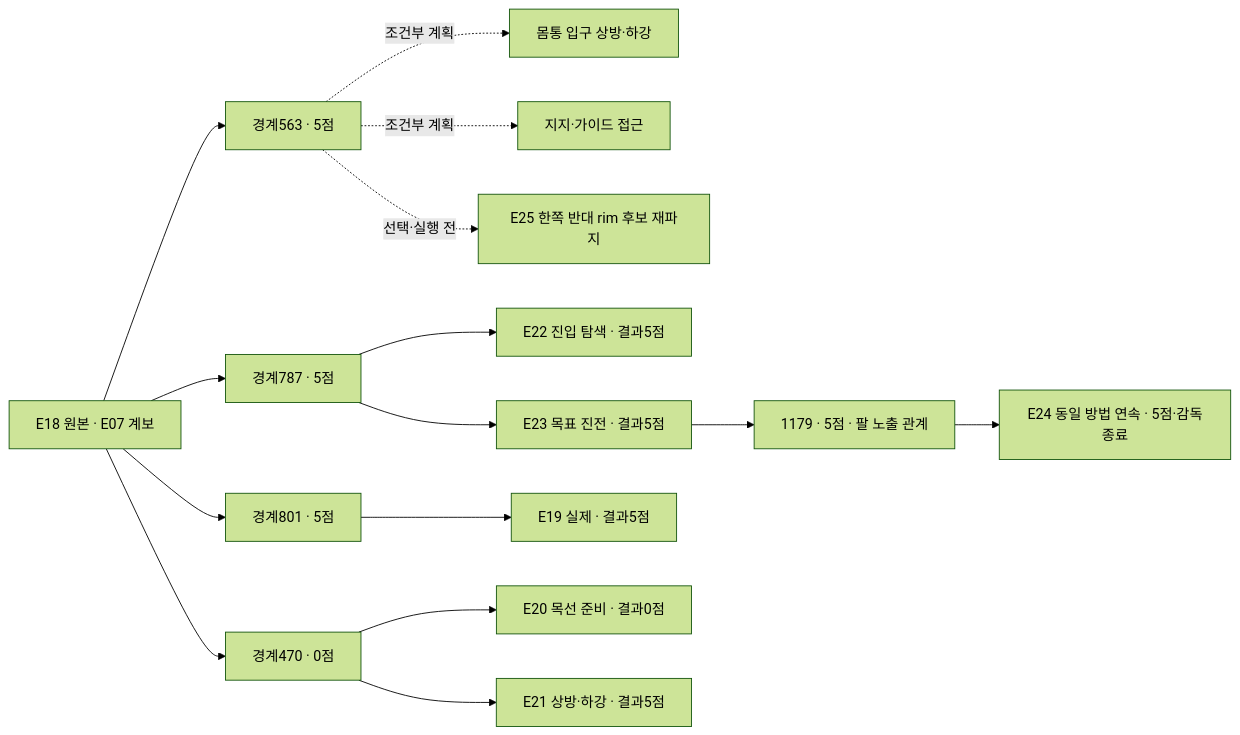
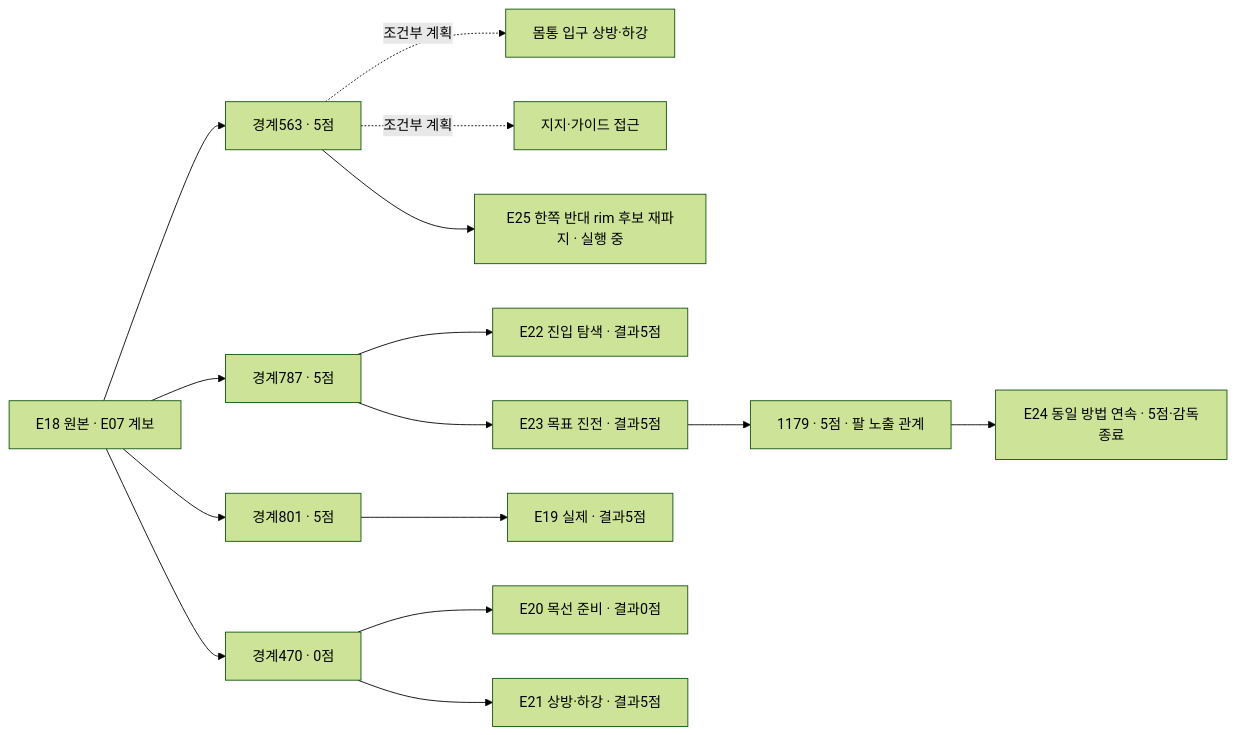
One commit to leonyoon-3dai/PhyRC_2027_phase1 changed the diagram in docs/collection/catalog/README.ko.md. Above: the diagram before and after it, drawn with Mermaid (forest theme). The commit also changed other lines of this file and 10 other files, not shown here.

````diff
--- a/docs/collection/catalog/README.ko.md
+++ b/docs/collection/catalog/README.ko.md
@@ -26,17 +26,17 @@
 ```mermaid
 flowchart LR
   E18["E18 원본 · E07 계보"] --> P563["경계563 · 5점"]
   E18 --> P787["경계787 · 5점"]
   E18 --> P801["경계801 · 5점"]
   E18 --> P470["경계470 · 0점"]
   P563 -. "조건부 계획" .-> O["몸통 입구 상방·하강"]
   P563 -. "조건부 계획" .-> G["지지·가이드 접근"]
   P801 --> E19["E19 실제 · 결과5점"]
   P470 --> E20["E20 목선 준비 · 결과0점"]
   P470 --> E21["E21 상방·하강 · 결과5점"]
   P787 --> E22["E22 진입 탐색 · 결과5점"]
   P787 --> E23["E23 목표 진전 · 결과5점"]
   E23 --> P1179["1179 · 5점 · 팔 노출 관계"]
   P1179 --> E24["E24 동일 방법 연속 · 5점·감독종료"]
-  P563 -. "선택·실행 전" .-> M1["E25 한쪽 반대 rim 후보 재파지"]
+  P563 --> M1["E25 한쪽 반대 rim 후보 재파지 · 실행 중"]
 ```
````
